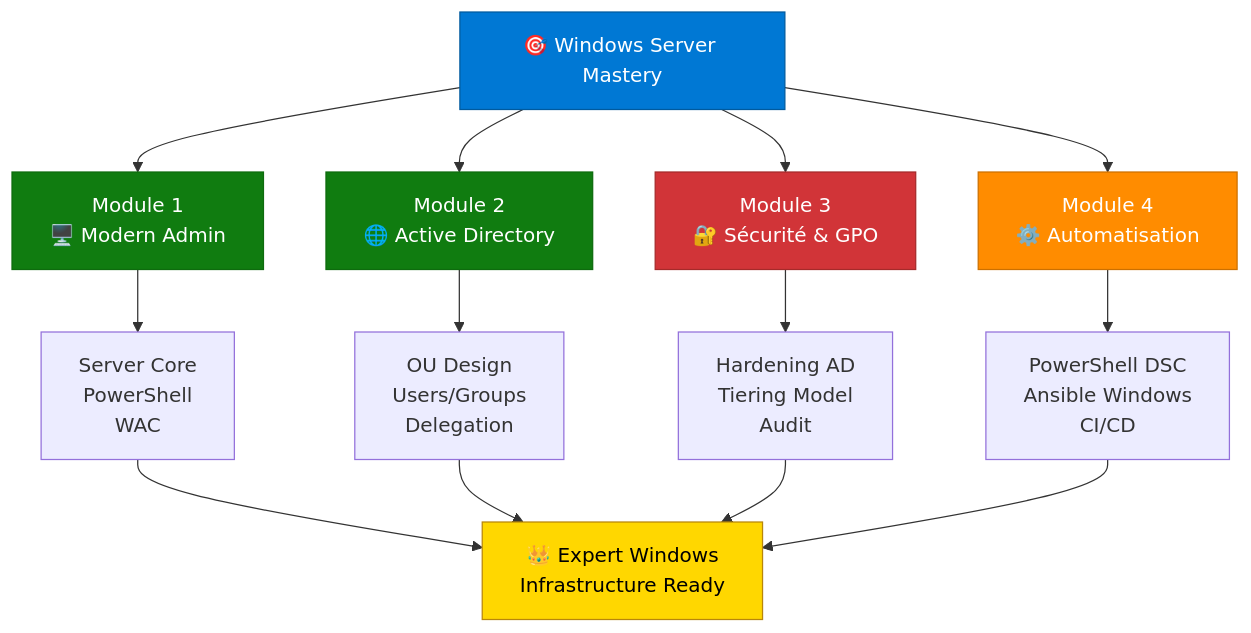
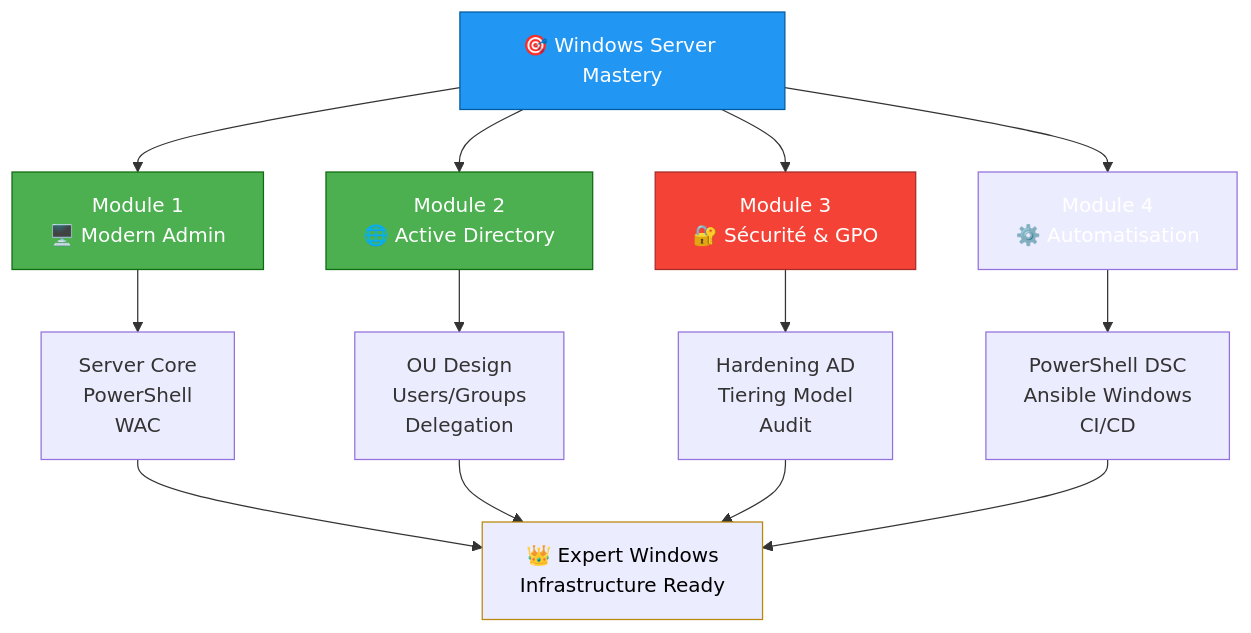
One commit to VBlackJack/ShellBook changed the first of 2 diagrams in docs/formations/windows-server/index.md. Above: the diagram before and after it, drawn with Mermaid. The commit also changed other lines of this file and 337 other files, not shown here.

First line of the commit message:
refactor(docs): Standardize code blocks and Mermaid colors

````diff
--- a/docs/formations/windows-server/index.md
+++ b/docs/formations/windows-server/index.md
@@ -91,21 +91,21 @@
 ```mermaid
 flowchart TD
     Start[🎯 Windows Server Mastery] --> M1[Module 1<br/>🖥️ Modern Admin]
     Start --> M2[Module 2<br/>🌐 Active Directory]
     Start --> M3[Module 3<br/>🔐 Sécurité & GPO]
     Start --> M4[Module 4<br/>⚙️ Automatisation]
 
     M1 --> Skills1[Server Core<br/>PowerShell<br/>WAC]
     M2 --> Skills2[OU Design<br/>Users/Groups<br/>Delegation]
     M3 --> Skills3[Hardening AD<br/>Tiering Model<br/>Audit]
     M4 --> Skills4[PowerShell DSC<br/>Ansible Windows<br/>CI/CD]
 
     Skills1 & Skills2 & Skills3 & Skills4 --> Expert[👑 Expert Windows<br/>Infrastructure Ready]
 
-    style Start fill:#0078d4,stroke:#005a9e,color:#fff
-    style M1 fill:#107c10,stroke:#0e6b0e,color:#fff
-    style M2 fill:#107c10,stroke:#0e6b0e,color:#fff
-    style M3 fill:#d13438,stroke:#a52a2a,color:#fff
-    style M4 fill:#ff8c00,stroke:#cc7000,color:#fff
-    style Expert fill:#ffd700,stroke:#b8860b,color:#000
+    style Start fill:#2196F3,stroke:#005a9e,color:#fff
+    style M1 fill:#4CAF50,stroke:#0e6b0e,color:#fff
+    style M2 fill:#4CAF50,stroke:#0e6b0e,color:#fff
+    style M3 fill:#f44336,stroke:#a52a2a,color:#fff
+    style M4 fill:#FF9800800800,stroke:#FF9800800,color:#fff
+    style Expert fill:#FF9800800800,stroke:#b8860b,color:#000
 ```
````
